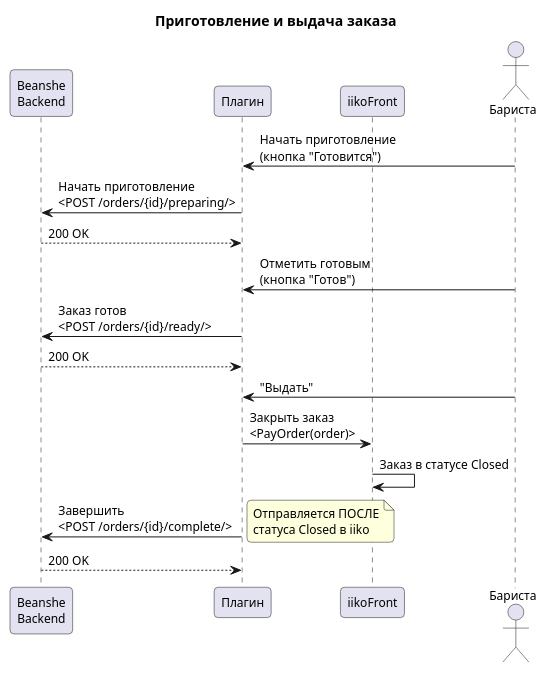
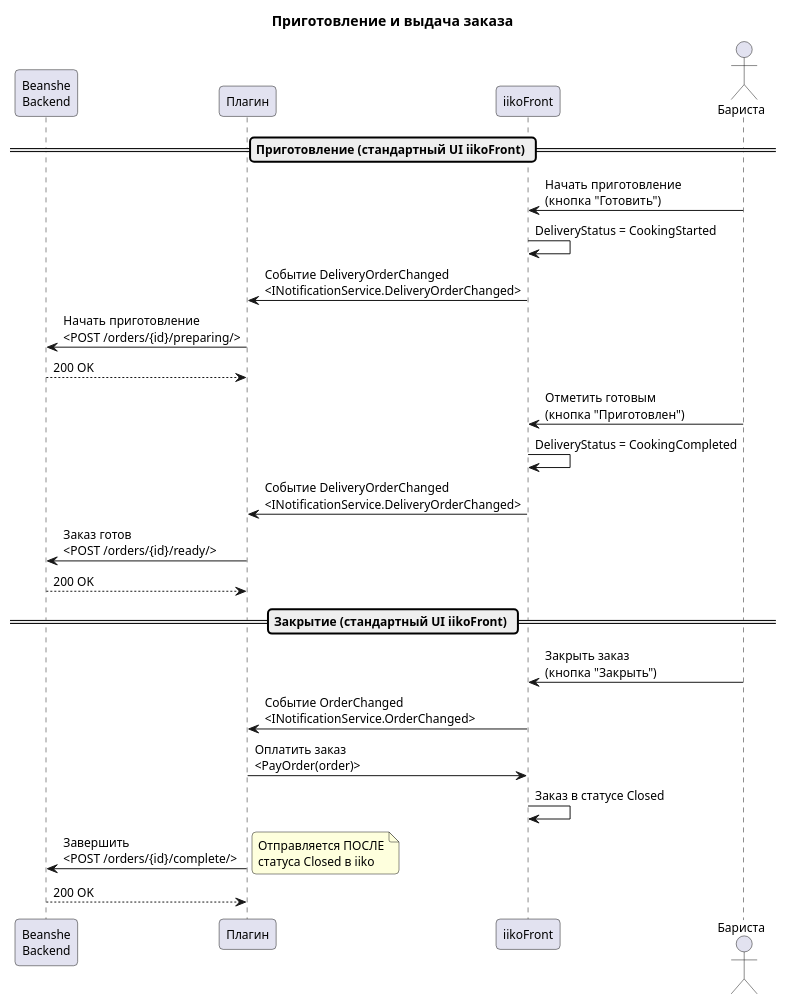
Before and after one commit to KirillTyurin21/prototypes: the third of 10 diagrams in materials/Бинши/Beanshe-спецификация.md, drawn with PlantUML. The commit also changed other lines of this file and 18 other files, not shown here.

````diff
--- a/materials/Бинши/Beanshe-спецификация.md
+++ b/materials/Бинши/Beanshe-спецификация.md
@@ -395,32 +590,41 @@
 ```plantuml
 @startuml сценарий-7-1-1-2
 skinparam backgroundColor white
 skinparam defaultFontName "Segoe UI"
 skinparam defaultFontSize 12
 skinparam shadowing false
 skinparam roundcorner 8
 
 title "Приготовление и выдача заказа"
 
 participant "Beanshe\nBackend" as backend
 participant "Плагин" as plugin
 participant "iikoFront" as front
 actor "Бариста" as barista
 
-barista -> plugin : Начать приготовление\n(кнопка "Готовится")
+== Приготовление (стандартный UI iikoFront) ==
+
+barista -> front : Начать приготовление\n(кнопка "Готовить")
+front -> front : DeliveryStatus = CookingStarted
+front -> plugin : Событие DeliveryOrderChanged\n<INotificationService.DeliveryOrderChanged>
 plugin -> backend : Начать приготовление\n<POST /orders/{id}/preparing/>
 backend --> plugin : 200 OK
 
-barista -> plugin : Отметить готовым\n(кнопка "Готов")
+barista -> front : Отметить готовым\n(кнопка "Приготовлен")
+front -> front : DeliveryStatus = CookingCompleted
+front -> plugin : Событие DeliveryOrderChanged\n<INotificationService.DeliveryOrderChanged>
 plugin -> backend : Заказ готов\n<POST /orders/{id}/ready/>
 backend --> plugin : 200 OK
 
-barista -> plugin : "Выдать"
-plugin -> front : Закрыть заказ\n<PayOrder(order)>
+== Закрытие (стандартный UI iikoFront) ==
+
+barista -> front : Закрыть заказ\n(кнопка "Закрыть")
+front -> plugin : Событие OrderChanged\n<INotificationService.OrderChanged>
+plugin -> front : Оплатить заказ\n<PayOrder(order)>
 front -> front : Заказ в статусе Closed
 
 plugin -> backend : Завершить\n<POST /orders/{id}/complete/>
 note right: Отправляется ПОСЛЕ\nстатуса Closed в iiko
 backend --> plugin : 200 OK
 @enduml
 ```
````
